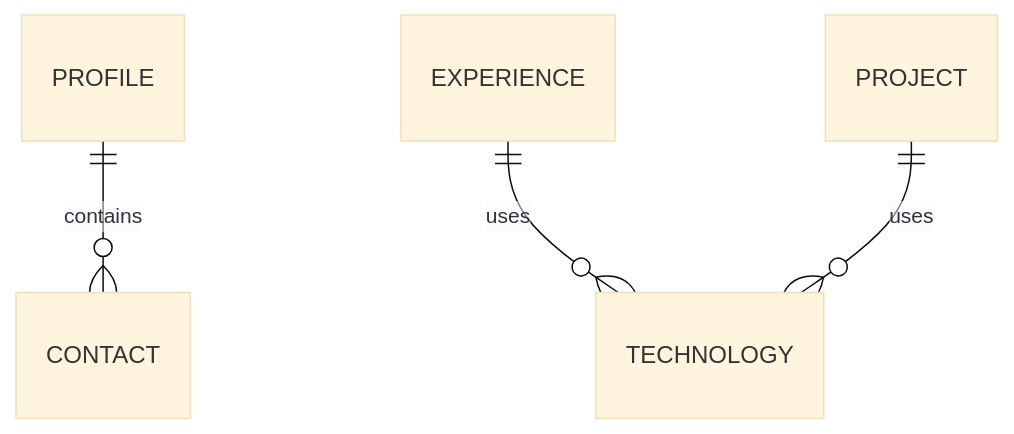
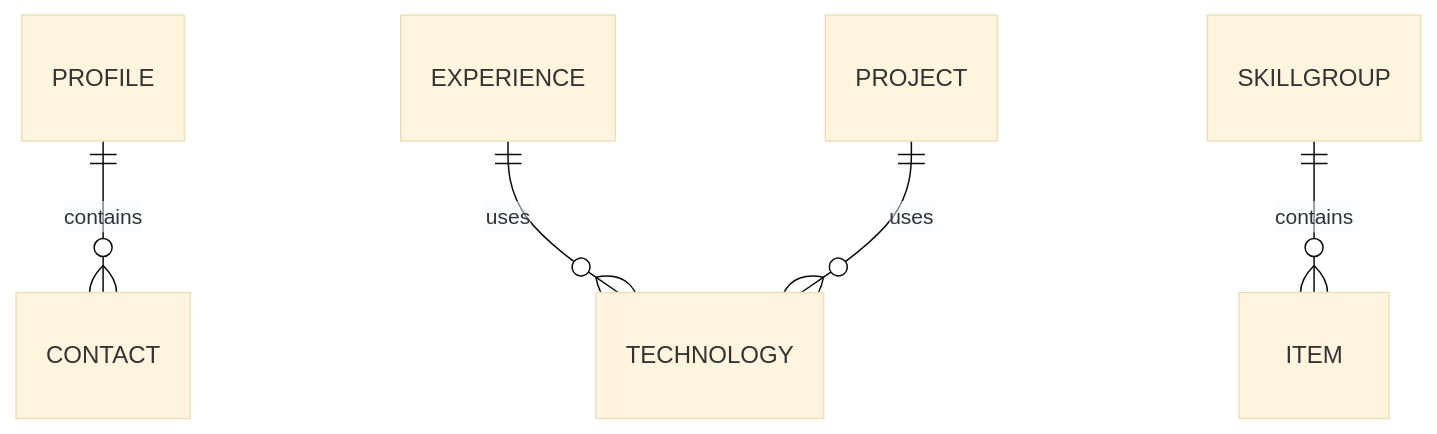
Before and after one commit to pharaunwizard/pharaunwizard.github.io: the diagram in PRD.md, drawn with Mermaid (base theme). The commit also changed other lines of this file and 3 other files, not shown here.

````diff
--- a/PRD.md
+++ b/PRD.md
@@ -247,6 +259,7 @@
 ```mermaid
 erDiagram
     PROFILE ||--o{ CONTACT : "contains"
     EXPERIENCE ||--o{ TECHNOLOGY : "uses"
     PROJECT ||--o{ TECHNOLOGY : "uses"
+    SKILLGROUP ||--o{ ITEM : "contains"
 ```
````
